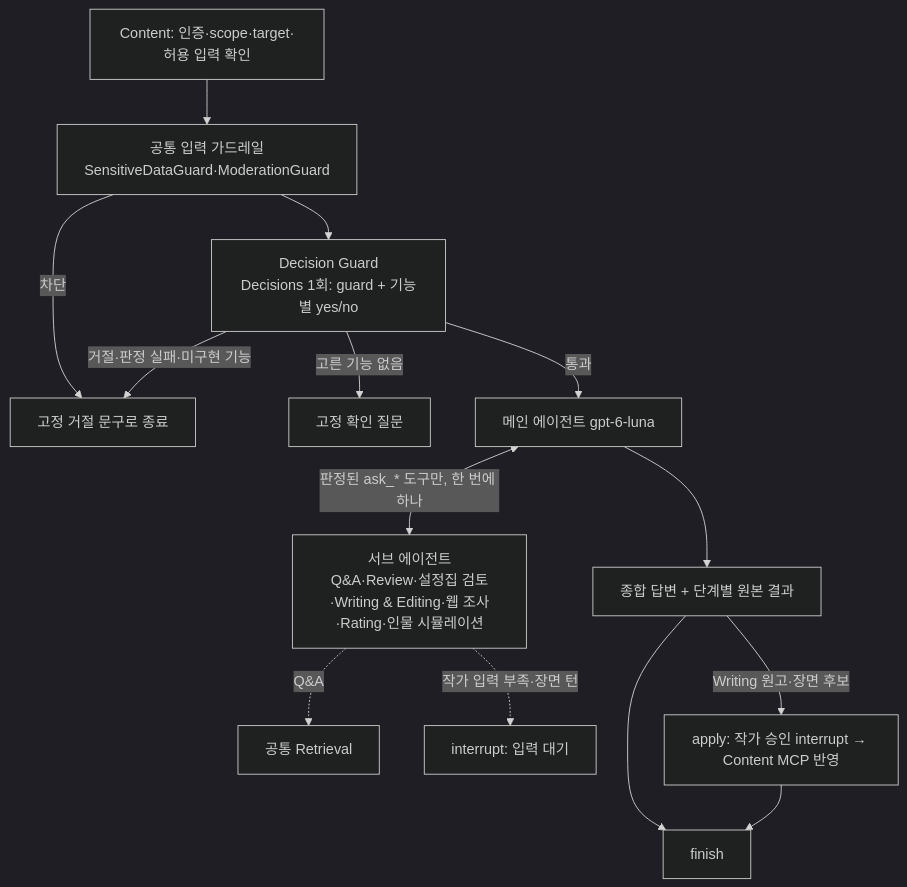
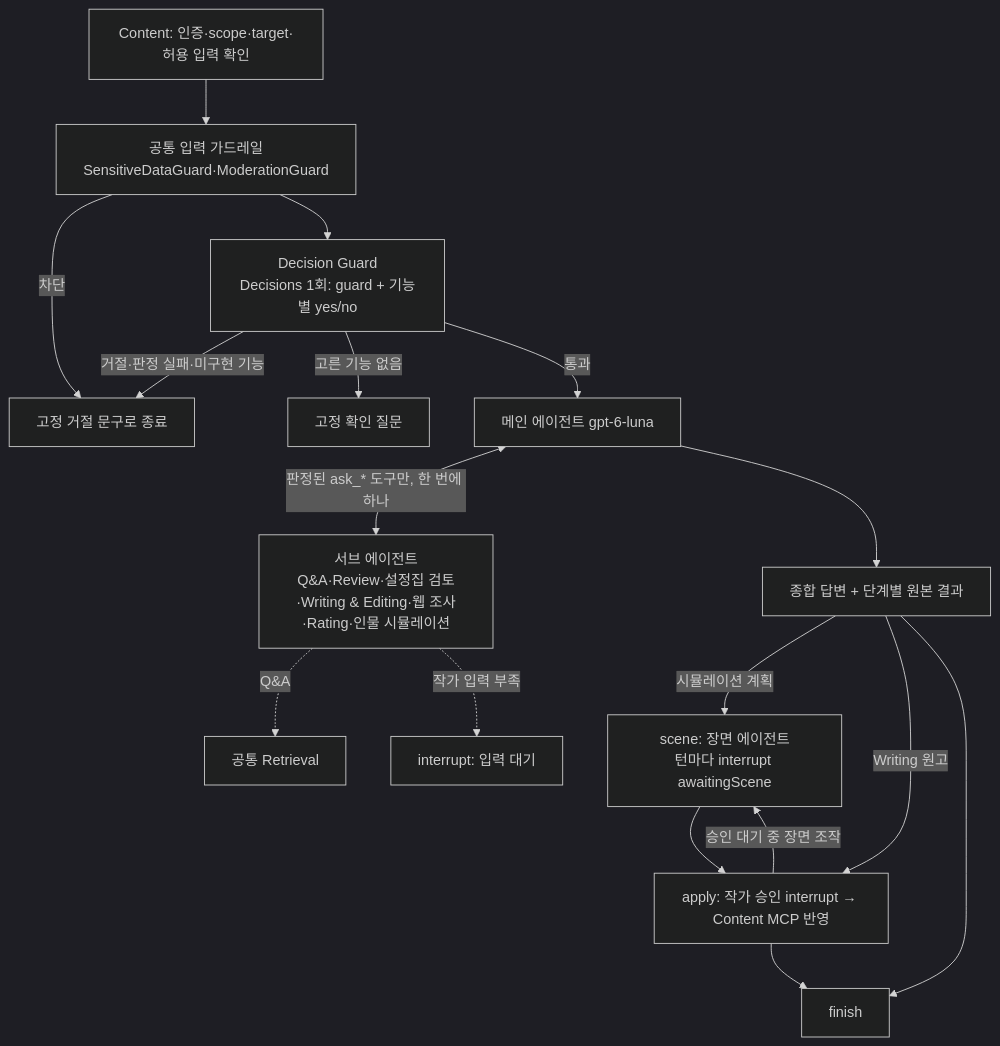
One commit to SKNETWORKS-FAMILY-AICAMP/SKN34-FINAL-4TEAM changed the second of 2 diagrams in docs/writing-ai-architecture/02-ai-architecture.md. Above: the diagram before and after it, drawn with Mermaid (dark theme). The commit also changed other lines of this file and 25 other files, not shown here.

```diff
--- a/docs/writing-ai-architecture/02-ai-architecture.md
+++ b/docs/writing-ai-architecture/02-ai-architecture.md
@@ -55,16 +55,19 @@
 ~~~mermaid
 flowchart TD
   C[Content: 인증·scope·target·허용 입력 확인] --> G0[공통 입력 가드레일<br/>SensitiveDataGuard·ModerationGuard]
   G0 -->|차단| R[고정 거절 문구로 종료]
   G0 --> G1[Decision Guard<br/>Decisions 1회: guard + 기능별 yes/no]
   G1 -->|거절·판정 실패·미구현 기능| R
   G1 -->|고른 기능 없음| Q[고정 확인 질문]
   G1 -->|통과| M[메인 에이전트 gpt-6-luna]
   M <-->|판정된 ask_* 도구만, 한 번에 하나| S[서브 에이전트<br/>Q&A·Review·설정집 검토·Writing & Editing·웹 조사·Rating·인물 시뮬레이션]
   S -.->|Q&A| RT[공통 Retrieval]
-  S -.->|작가 입력 부족·장면 턴| W[interrupt: 입력 대기]
+  S -.->|작가 입력 부족| W[interrupt: 입력 대기]
   M --> F[종합 답변 + 단계별 원본 결과]
-  F -->|Writing 원고·장면 후보| A[apply: 작가 승인 interrupt → Content MCP 반영]
+  F -->|시뮬레이션 계획| SC[scene: 장면 에이전트<br/>턴마다 interrupt awaitingScene]
+  SC --> A
+  F -->|Writing 원고| A[apply: 작가 승인 interrupt → Content MCP 반영]
+  A -->|승인 대기 중 장면 조작| SC
   F --> E[finish]
   A --> E
 ~~~
```
